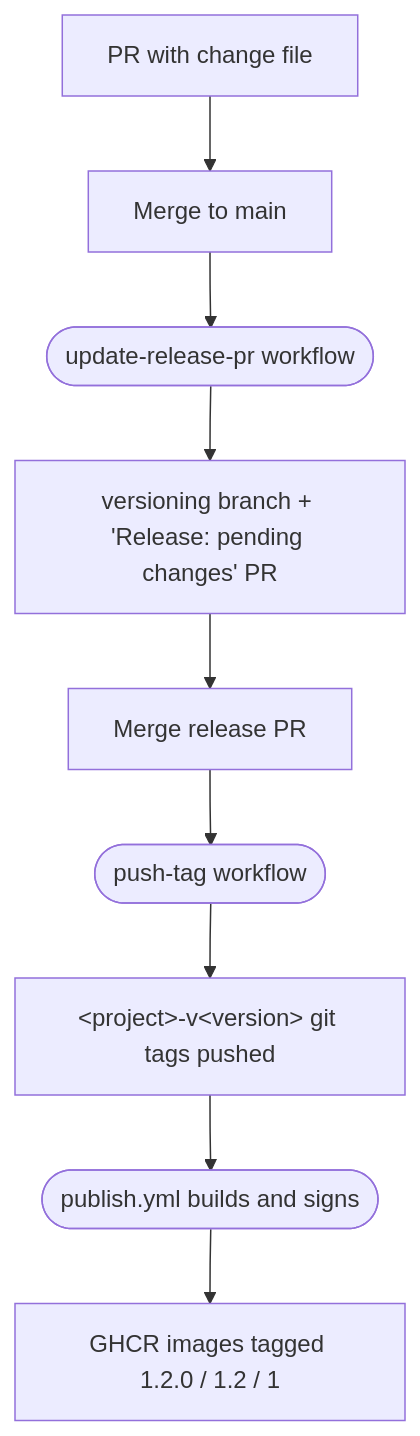
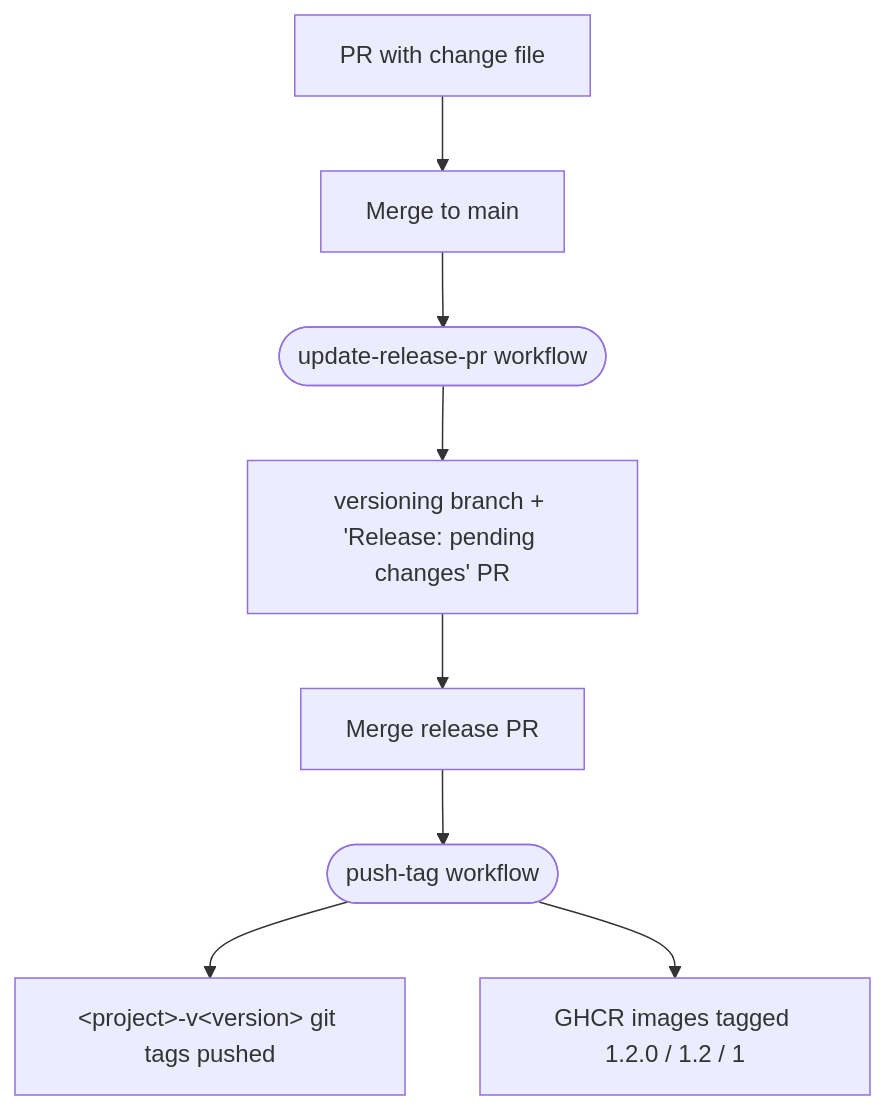
Before and after one commit to saibotsivad/drover: the diagram in docs/versioning.md, drawn with Mermaid. The commit also changed other lines of this file and 4 other files, not shown here.

First line of the commit message:
fix: drive image publish from push-tag.yml so releases actually build

````diff
--- a/docs/versioning.md
+++ b/docs/versioning.md
@@ -20,11 +20,10 @@
 ```mermaid
 flowchart TD
     pr["PR with change file"] --> mergeMain["Merge to main"]
     mergeMain --> uw(["update-release-pr workflow"])
     uw --> vbr["versioning branch + 'Release: pending changes' PR"]
     vbr --> mergeRelease["Merge release PR"]
     mergeRelease --> pt(["push-tag workflow"])
     pt --> tags["&lt;project&gt;-v&lt;version&gt; git tags pushed"]
-    tags --> pw(["publish.yml builds and signs"])
-    pw --> ghcr["GHCR images tagged 1.2.0 / 1.2 / 1"]
+    pt --> ghcr["GHCR images tagged 1.2.0 / 1.2 / 1"]
 ```
````
